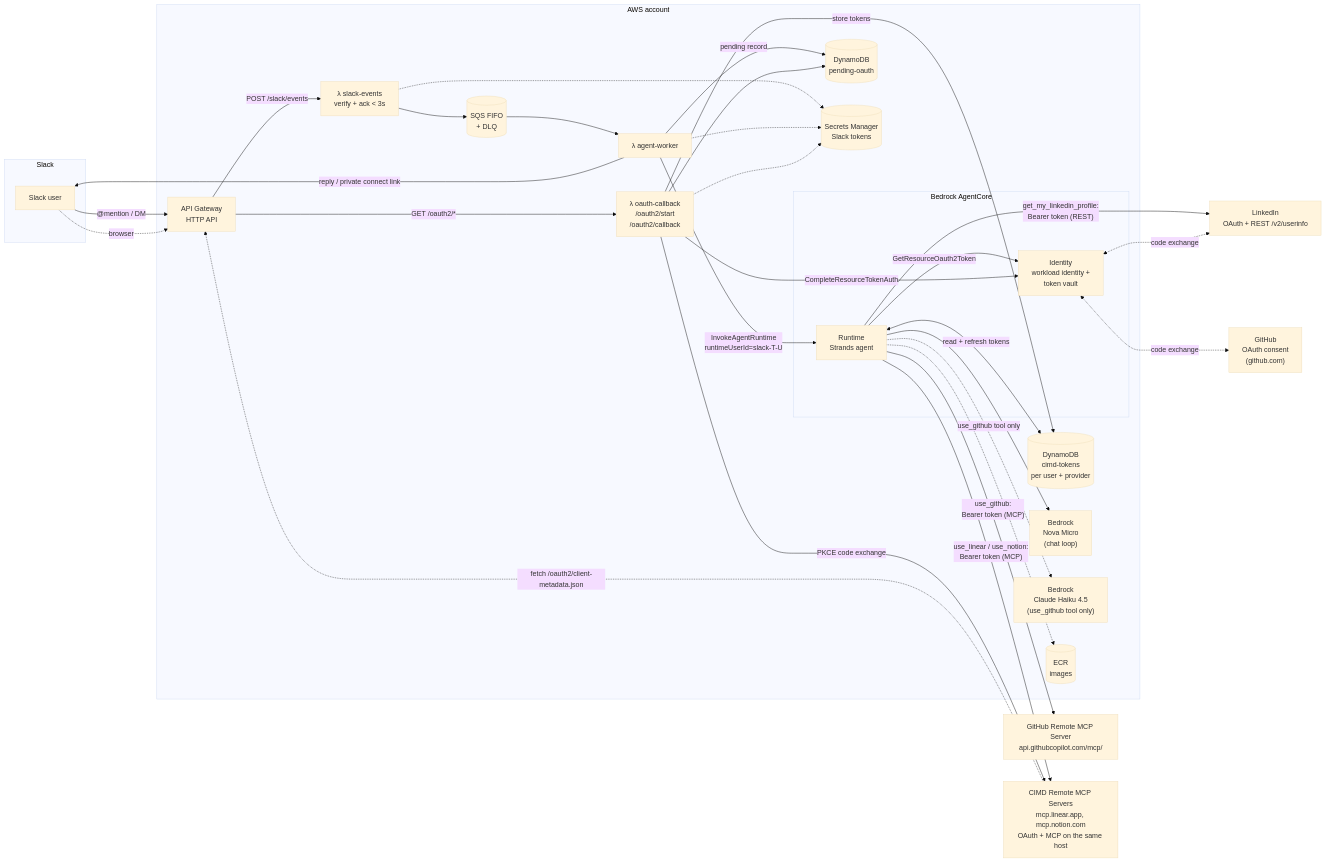
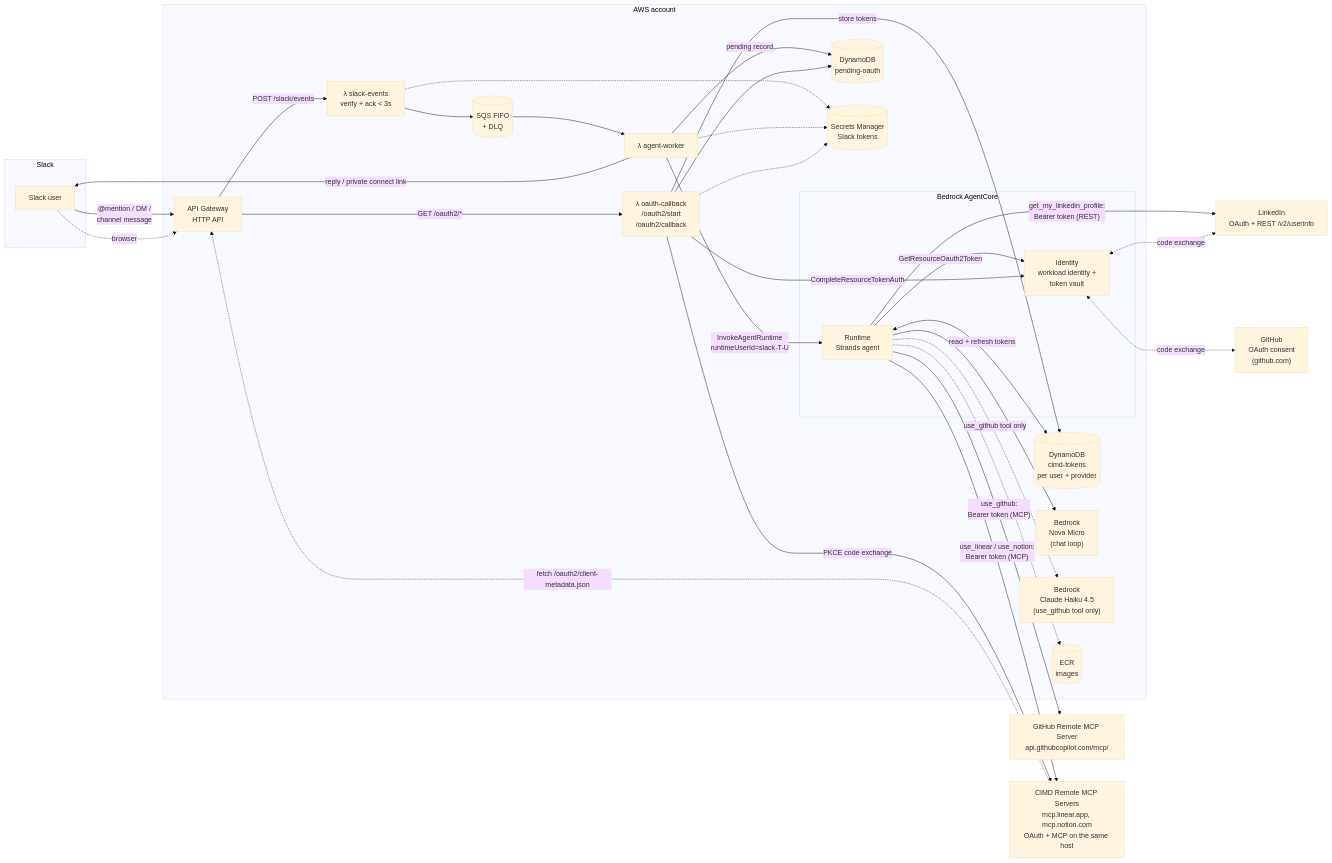
Before and after one commit to agent-runtime-labs/slack-agentcore-app: the first of 5 diagrams in docs/architecture.md, drawn with Mermaid (base theme). The commit also changed other lines of this file and 19 other files, not shown here.

Commit message:
Reply to channel messages without requiring an @mention (#19)

````diff
--- a/docs/architecture.md
+++ b/docs/architecture.md
@@ -14,56 +14,56 @@
 ```mermaid
 flowchart LR
     subgraph Slack
         U[Slack user]
     end
 
     subgraph AWS["AWS account"]
         APIGW["API Gateway<br/>HTTP API"]
         EV["λ slack-events<br/>verify + ack < 3s"]
         Q[("SQS FIFO<br/>+ DLQ")]
         WK["λ agent-worker"]
         CB["λ oauth-callback<br/>/oauth2/start<br/>/oauth2/callback"]
         DDB[("DynamoDB<br/>pending-oauth")]
         TOK[("DynamoDB<br/>cimd-tokens<br/>per user + provider")]
         SM[("Secrets Manager<br/>Slack tokens")]
 
         subgraph AC["Bedrock AgentCore"]
             RT["Runtime<br/>Strands agent"]
             ID["Identity<br/>workload identity +<br/>token vault"]
         end
 
         BR["Bedrock<br/>Nova Micro<br/>(chat loop)"]
         BR2["Bedrock<br/>Claude Haiku 4.5<br/>(use_github tool only)"]
         ECR[("ECR<br/>images")]
     end
 
     LI["LinkedIn<br/>OAuth + REST /v2/userinfo"]
     GH["GitHub<br/>OAuth consent<br/>(github.com)"]
     GHMCP["GitHub Remote MCP Server<br/>api.githubcopilot.com/mcp/"]
     CIMD["CIMD Remote MCP Servers<br/>mcp.linear.app, mcp.notion.com<br/>OAuth + MCP on the same host"]
 
-    U -- "@mention / DM" --> APIGW
+    U -- "@mention / DM /<br/>channel message" --> APIGW
     APIGW -- "POST /slack/events" --> EV
     EV --> Q --> WK
     WK -- "InvokeAgentRuntime<br/>runtimeUserId=slack-T-U" --> RT
     RT --> BR
     RT -. "use_github tool only" .-> BR2
     RT -- "GetResourceOauth2Token" --> ID
     RT -- "get_my_linkedin_profile:<br/>Bearer token (REST)" --> LI
     RT -- "use_github:<br/>Bearer token (MCP)" --> GHMCP
     RT -- "use_linear / use_notion:<br/>Bearer token (MCP)" --> CIMD
     RT <-- "read + refresh tokens" --> TOK
     WK -- "pending record" --> DDB
     WK -- "reply / private connect link" --> U
     U -. "browser" .-> APIGW
     APIGW -- "GET /oauth2/*" --> CB
     CB --> DDB
     CB -- "CompleteResourceTokenAuth" --> ID
     CB -- "PKCE code exchange" --> CIMD
     CB -- "store tokens" --> TOK
     CIMD -. "fetch /oauth2/client-metadata.json" .-> APIGW
     ID <-. "code exchange" .-> LI
     ID <-. "code exchange" .-> GH
     EV & WK & CB -.-> SM
     RT -.-> ECR
 ```
````
